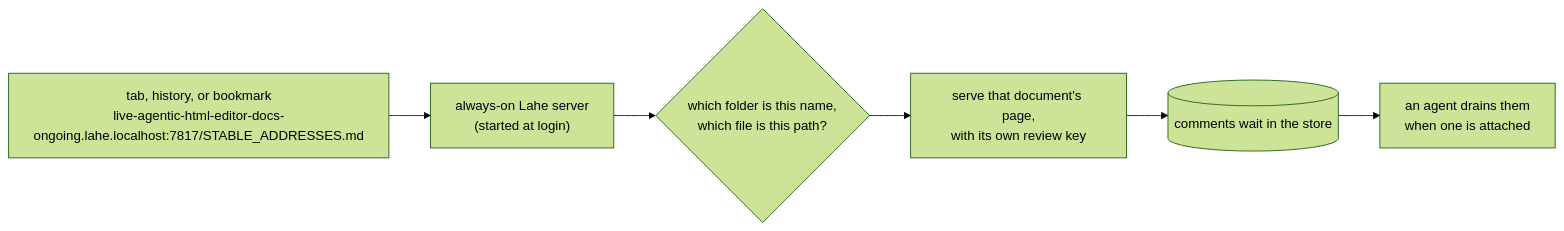
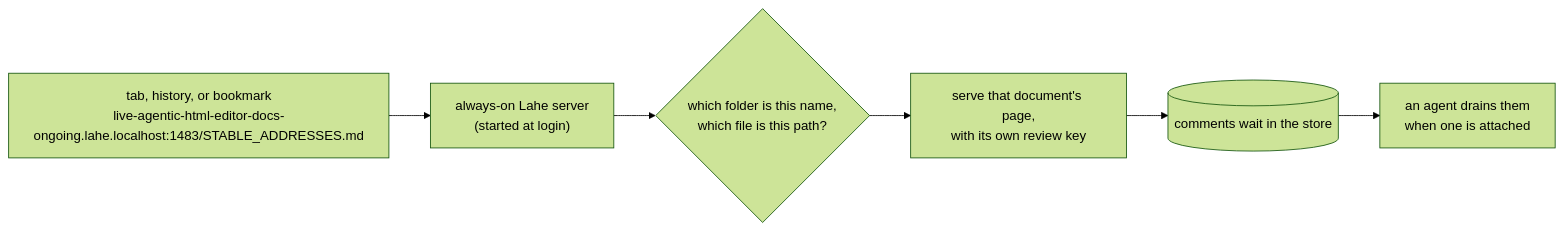
Before and after one commit to kenxle/live-agentic-html-editor: the second of 2 diagrams in docs/features/20261011.02_stable_addresses/01_brief_stable_addresses.md, drawn with Mermaid (forest theme). The commit also changed other lines of this file and 8 other files, not shown here.

Commit message:
Stable addresses: pages on port 1483 (reads like lahe), API stays on 7817

````diff
--- a/docs/features/20261011.02_stable_addresses/01_brief_stable_addresses.md
+++ b/docs/features/20261011.02_stable_addresses/01_brief_stable_addresses.md
@@ -56,8 +56,8 @@
 ```mermaid
 flowchart LR
-    Tab["tab, history, or bookmark<br/>live-agentic-html-editor-docs-ongoing.lahe.localhost:7817/STABLE_ADDRESSES.md"] --> Server["always-on Lahe server<br/>(started at login)"]
+    Tab["tab, history, or bookmark<br/>live-agentic-html-editor-docs-ongoing.lahe.localhost:1483/STABLE_ADDRESSES.md"] --> Server["always-on Lahe server<br/>(started at login)"]
     Server --> Which{"which folder is this name,<br/>which file is this path?"}
     Which --> Doc["serve that document's page,<br/>with its own review key"]
     Doc --> Store[("comments wait in the store")]
     Store --> Agent["an agent drains them<br/>when one is attached"]
 ```
````
